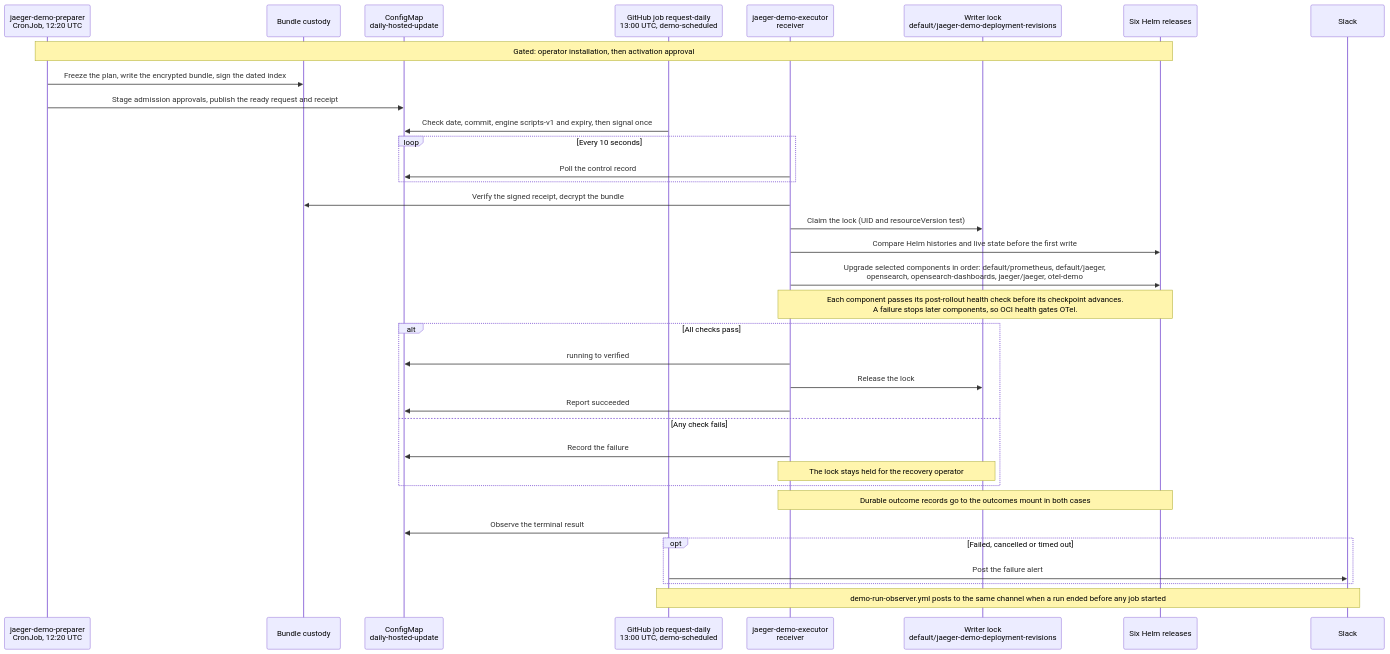
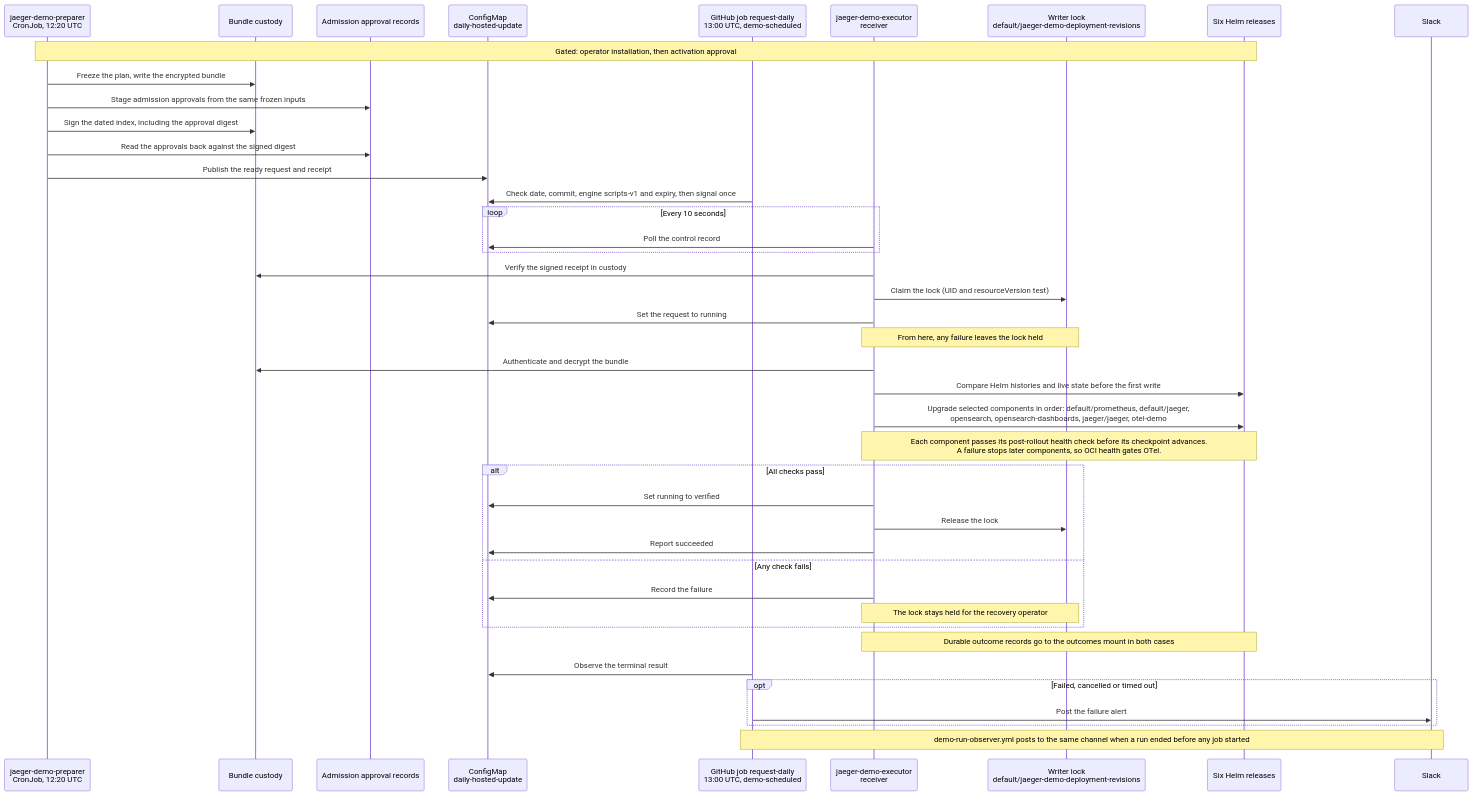
One commit to DsThakurRawat/jaeger-demo changed the diagram in docs/in-cluster-executor.md. Above: the diagram before and after it, drawn with Mermaid. The commit also changed 1 other file, not shown here.

Commit message:
docs(executor): Correct trace export and daily sequence order
Show OTel Jaeger exporting only to the jaeger-main indices; jaeger-archive
is the query service's archive backend, not an export destination.

In the daily sequence, stage admission approvals before signing the
dated index, which commits to their digest, and read them back before
publishing the ready request (scheduled_bundle.publish before_index,
scheduled_receiver.prepare_slot). The executor verifies the signed
receipt before its claim, but decrypts the bundle only after acquiring
the lock and setting the request to running (scheduled_request.execute,
scheduled_receiver.poll), so a decryption failure leaves the lock held.

Refs #67

````diff
--- a/docs/in-cluster-executor.md
+++ b/docs/in-cluster-executor.md
@@ -12,38 +12,45 @@
 ```mermaid
 sequenceDiagram
     participant P as jaeger-demo-preparer<br/>CronJob, 12:20 UTC
     participant B as Bundle custody
+    participant A as Admission approval records
     participant C as ConfigMap<br/>daily-hosted-update
     participant G as GitHub job request-daily<br/>13:00 UTC, demo-scheduled
     participant E as jaeger-demo-executor<br/>receiver
     participant L as Writer lock<br/>default/jaeger-demo-deployment-revisions
     participant H as Six Helm releases
     participant S as Slack #jaeger-operations
 
     Note over P,H: Gated: operator installation, then activation approval
-    P->>B: Freeze the plan, write the encrypted bundle, sign the dated index
-    P->>C: Stage admission approvals, publish the ready request and receipt
+    P->>B: Freeze the plan, write the encrypted bundle
+    P->>A: Stage admission approvals from the same frozen inputs
+    P->>B: Sign the dated index, including the approval digest
+    P->>A: Read the approvals back against the signed digest
+    P->>C: Publish the ready request and receipt
     G->>C: Check date, commit, engine scripts-v1 and expiry, then signal once
     loop Every 10 seconds
         E->>C: Poll the control record
     end
-    E->>B: Verify the signed receipt, decrypt the bundle
+    E->>B: Verify the signed receipt in custody
     E->>L: Claim the lock (UID and resourceVersion test)
+    E->>C: Set the request to running
+    Note over E,L: From here, any failure leaves the lock held
+    E->>B: Authenticate and decrypt the bundle
     E->>H: Compare Helm histories and live state before the first write
     E->>H: Upgrade selected components in order: default/prometheus, default/jaeger,<br/>opensearch, opensearch-dashboards, jaeger/jaeger, otel-demo
     Note over E,H: Each component passes its post-rollout health check before its checkpoint advances.<br/>A failure stops later components, so OCI health gates OTel.
     alt All checks pass
-        E->>C: running to verified
+        E->>C: Set running to verified
         E->>L: Release the lock
         E->>C: Report succeeded
     else Any check fails
         E->>C: Record the failure
         Note over E,L: The lock stays held for the recovery operator
     end
     Note over E,H: Durable outcome records go to the outcomes mount in both cases
     G->>C: Observe the terminal result
     opt Failed, cancelled or timed out
         G->>S: Post the failure alert
     end
     Note over G,S: demo-run-observer.yml posts to the same channel when a run ended before any job started
 ```
````
